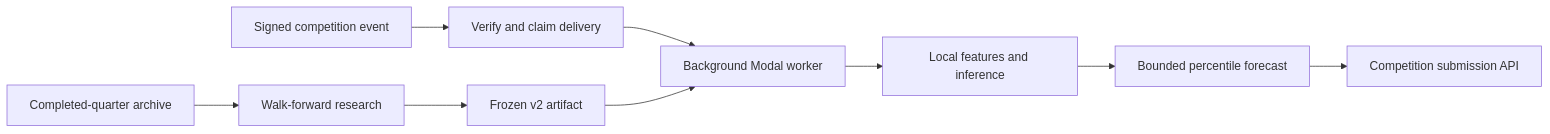
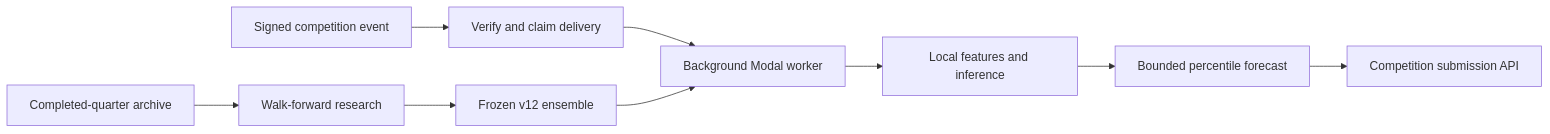
The diagram in README.md (zichenz7/Optiver-Explaining-Markets-Showcase), drawn with Mermaid before and after one commit. The commit also changed other lines of this file and 2 other files, not shown here.

````diff
--- a/README.md
+++ b/README.md
@@ -26,11 +26,11 @@
 ```mermaid
 flowchart LR
     A[Completed-quarter archive] --> B[Walk-forward research]
-    B --> C[Frozen v2 artifact]
+    B --> C[Frozen v12 ensemble]
     D[Signed competition event] --> E[Verify and claim delivery]
     E --> F[Background Modal worker]
     C --> F
     F --> G[Local features and inference]
     G --> H[Bounded percentile forecast]
     H --> I[Competition submission API]
 ```
````
